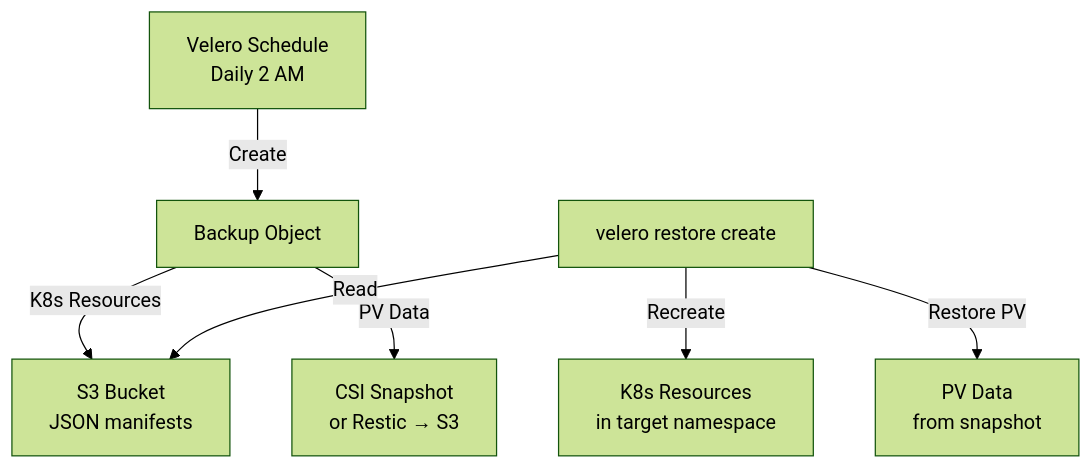
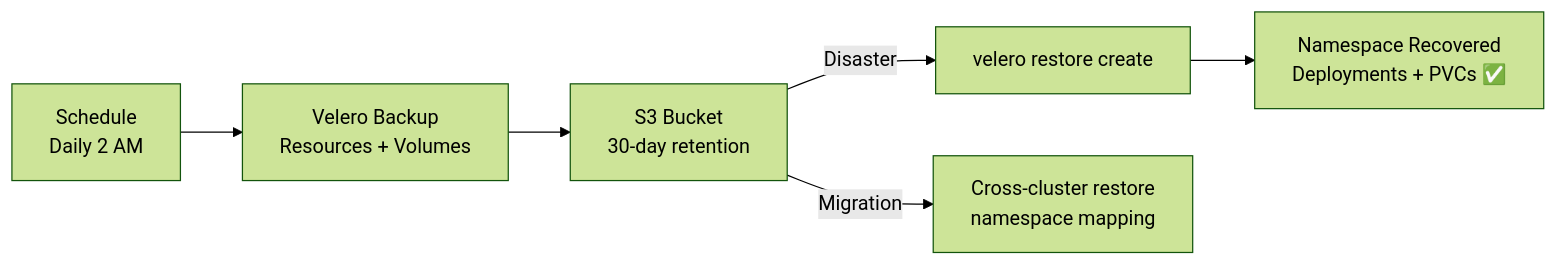
One commit to greg4fun/kubernetesrecipes.github.io changed the diagram in src/content/recipes/kubernetes-velero-backup-restore.md. Above: the diagram before and after it, drawn with Mermaid (forest theme). The commit also changed other lines of this file and 9 other files, not shown here.

````diff
--- a/src/content/recipes/kubernetes-velero-backup-restore.md
+++ b/src/content/recipes/kubernetes-velero-backup-restore.md
@@ -113,10 +94,10 @@
 ```mermaid
-graph TD
-    SCHED[Velero Schedule<br/>Daily 2 AM] -->|Create| BACKUP[Backup Object]
-    BACKUP -->|K8s Resources| S3[S3 Bucket<br/>JSON manifests]
-    BACKUP -->|PV Data| SNAP[CSI Snapshot<br/>or Restic → S3]
+graph LR
+    SCHED[Schedule<br/>Daily 2 AM] --> BACKUP[Velero Backup<br/>Resources + Volumes]
+    BACKUP --> S3[S3 Bucket<br/>30-day retention]
     
-    RESTORE[velero restore create] -->|Read| S3
-    RESTORE -->|Recreate| RESOURCES[K8s Resources<br/>in target namespace]
-    RESTORE -->|Restore PV| DATA[PV Data<br/>from snapshot]
+    S3 -->|Disaster| RESTORE[velero restore create]
+    RESTORE --> RECOVERED[Namespace Recovered<br/>Deployments + PVCs ✅]
+    
+    S3 -->|Migration| CROSS[Cross-cluster restore<br/>namespace mapping]
 ```
````
